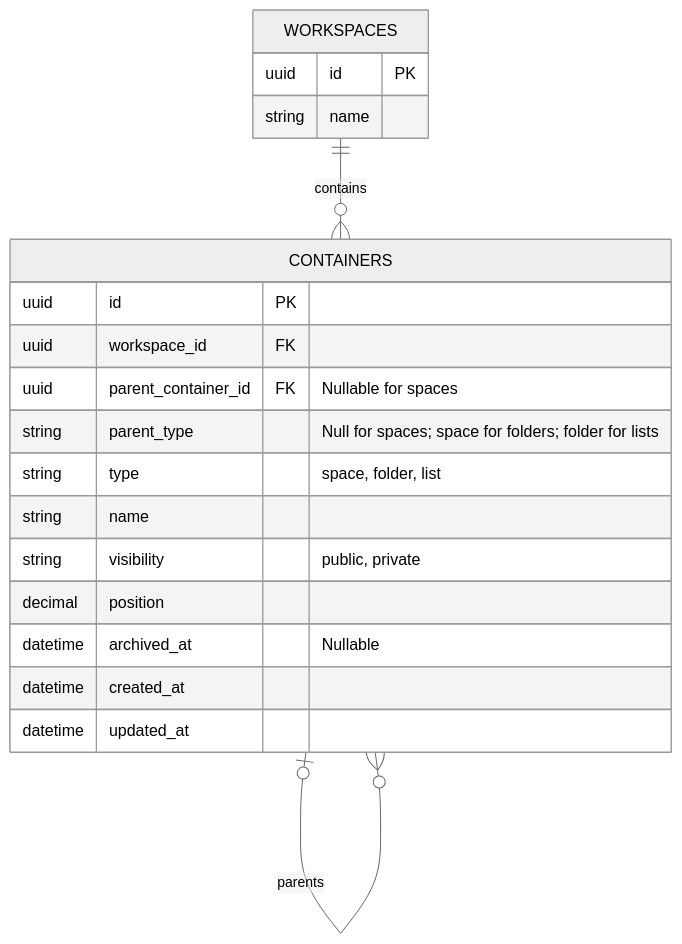
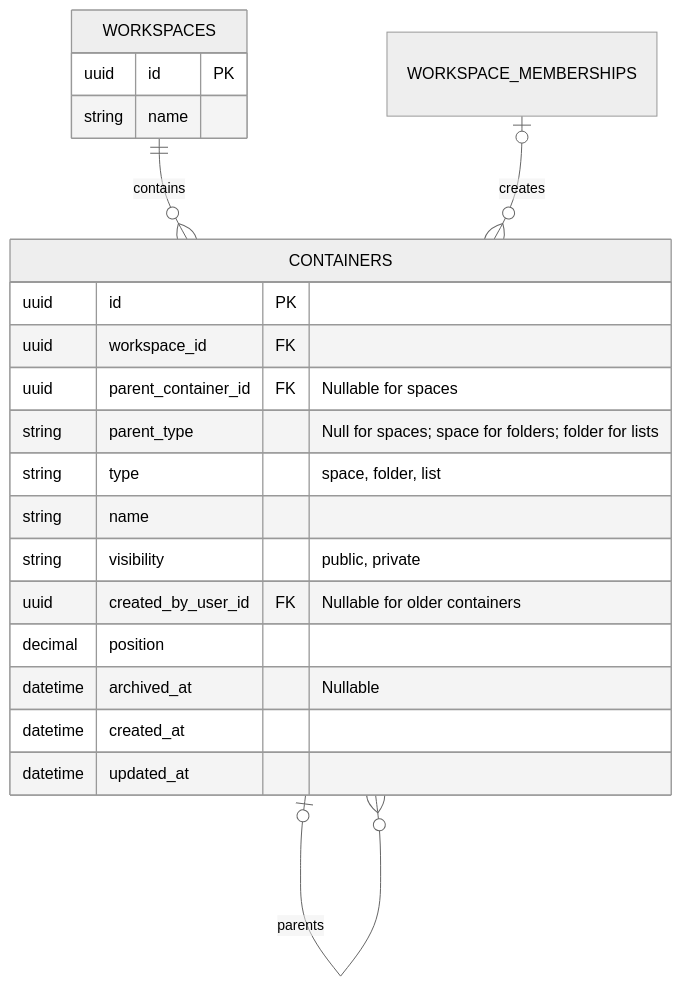
The second of 5 diagrams in docs/modules/hierarchy.md (androizer/flowboard), drawn with Mermaid (neutral theme) before and after one commit. The commit also changed other lines of this file and 17 other files, not shown here.

````diff
--- a/docs/modules/hierarchy.md
+++ b/docs/modules/hierarchy.md
@@ -30,23 +30,25 @@
 ```mermaid
 erDiagram
     WORKSPACES ||--o{ CONTAINERS : contains
     CONTAINERS o|--o{ CONTAINERS : parents
+    WORKSPACE_MEMBERSHIPS o|--o{ CONTAINERS : creates
 
     WORKSPACES {
         uuid id PK
         string name
     }
     CONTAINERS {
         uuid id PK
         uuid workspace_id FK
         uuid parent_container_id FK "Nullable for spaces"
         string parent_type "Null for spaces; space for folders; folder for lists"
         string type "space, folder, list"
         string name
         string visibility "public, private"
+        uuid created_by_user_id FK "Nullable for older containers"
         decimal position
         datetime archived_at "Nullable"
         datetime created_at
         datetime updated_at
     }
 ```
````
